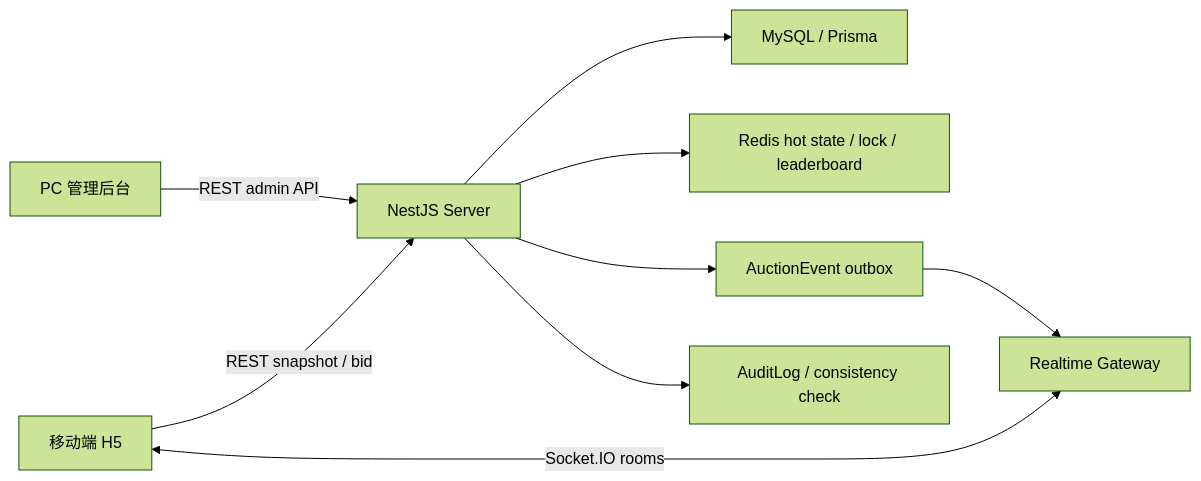
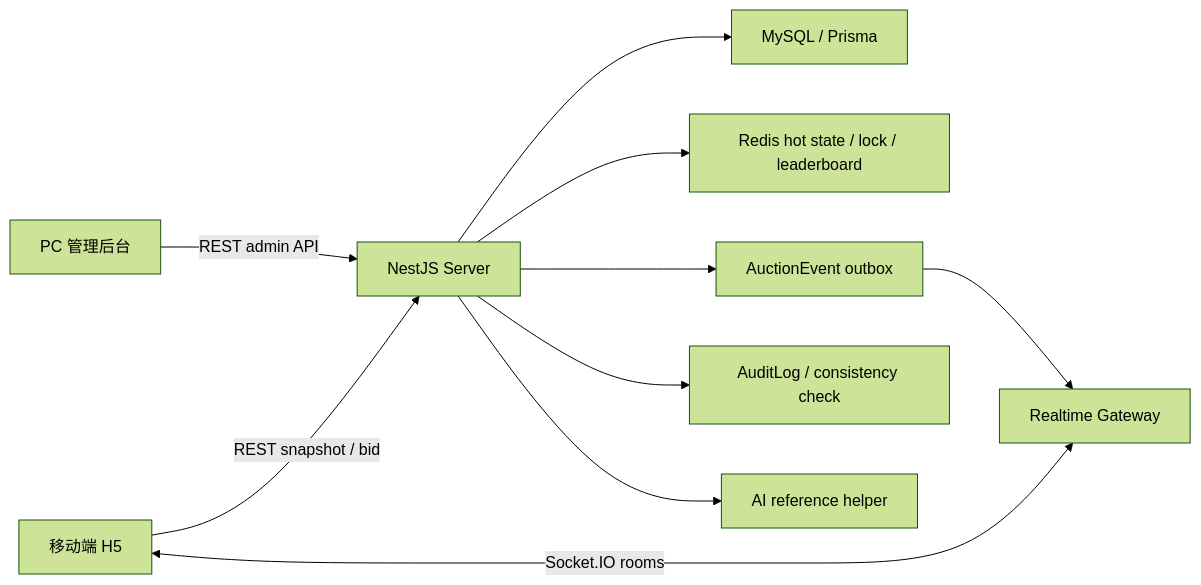
Before and after one commit to Cslearner-wjl/live-auction-system: the first of 2 diagrams in docs/final-acceptance.md, drawn with Mermaid (forest theme). The commit also changed other lines of this file and 54 other files, not shown here.

````diff
--- a/docs/final-acceptance.md
+++ b/docs/final-acceptance.md
@@ -113,11 +115,12 @@
 ```mermaid
 flowchart LR
   Admin["PC 管理后台"] -->|REST admin API| Server["NestJS Server"]
   Mobile["移动端 H5"] -->|REST snapshot / bid| Server
   Mobile <-->|Socket.IO rooms| Gateway["Realtime Gateway"]
   Server --> DB["MySQL / Prisma"]
   Server --> Redis["Redis hot state / lock / leaderboard"]
   Server --> Outbox["AuctionEvent outbox"]
   Outbox --> Gateway
   Server --> Audit["AuditLog / consistency check"]
+  Server --> AI["AI reference helper"]
 ```
````
